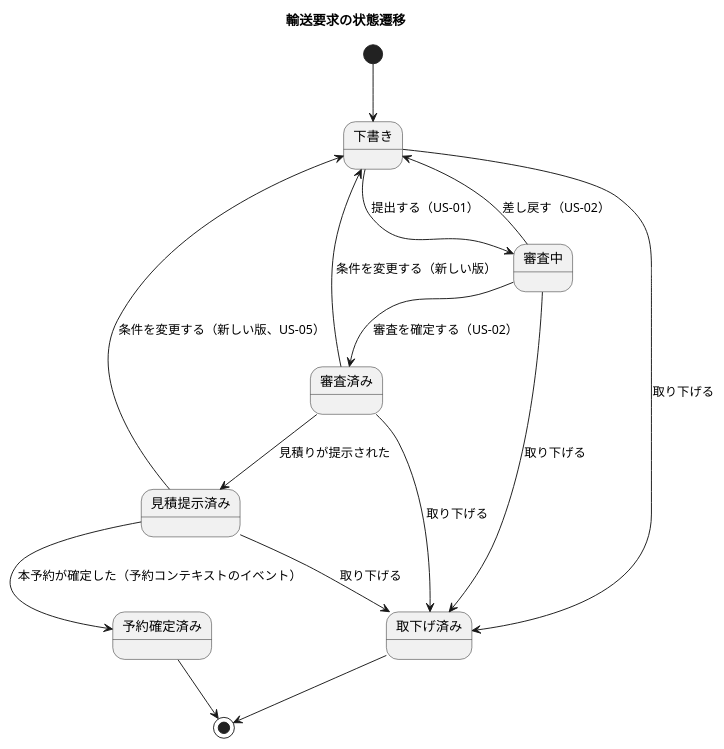
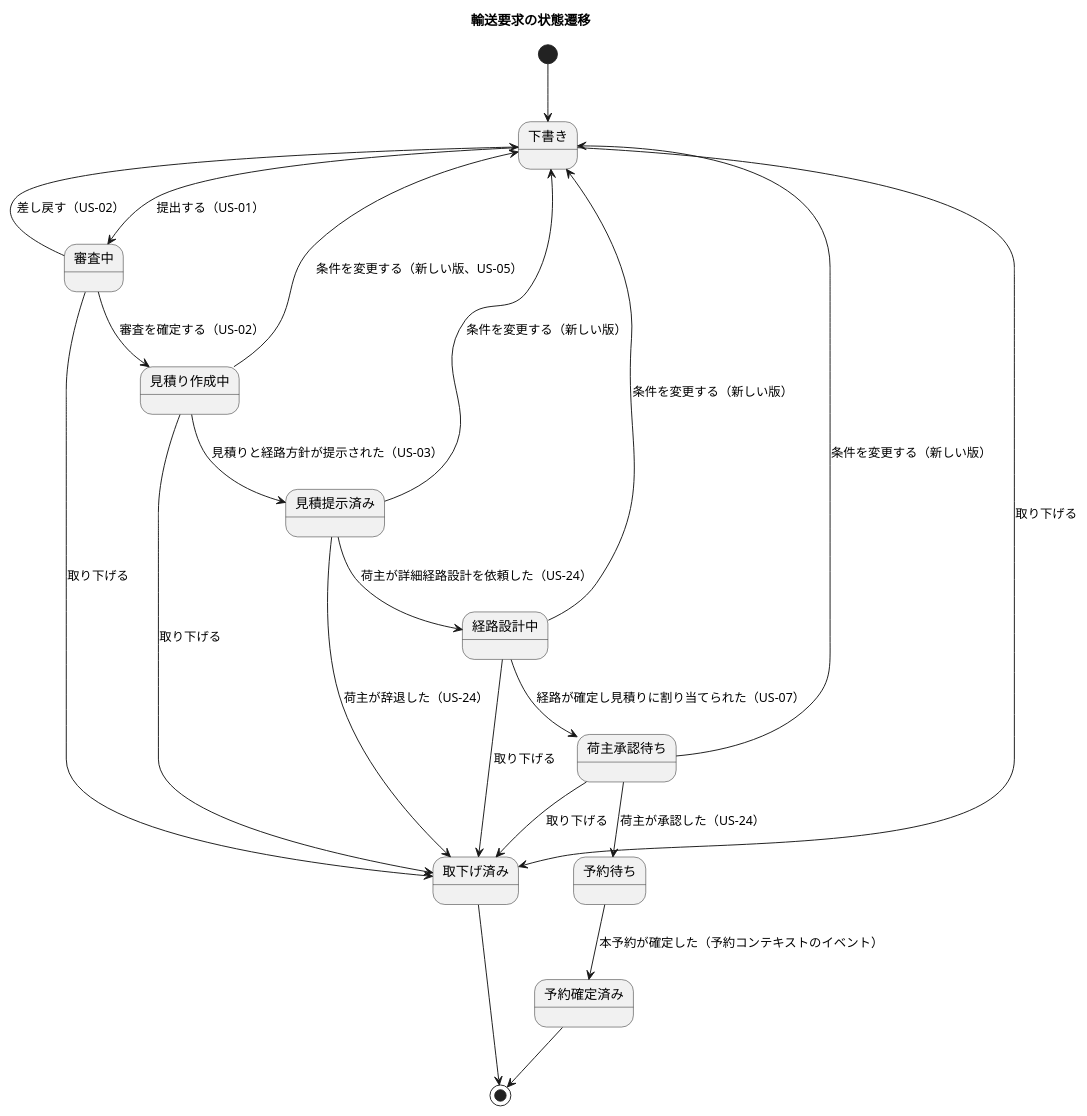
Before and after one commit to k2works/practical-domain-driven-design-in-enterpris-application: the fourth of 15 diagrams in docs/design/cargo-tracker/domain_model.md, drawn with PlantUML. The commit also changed other lines of this file and 25 other files, not shown here.

````diff
--- a/docs/design/cargo-tracker/domain_model.md
+++ b/docs/design/cargo-tracker/domain_model.md
@@ -250,19 +278,26 @@
 ```plantuml
 @startuml
 title 輸送要求の状態遷移
 [*] --> 下書き
 下書き --> 審査中 : 提出する（US-01）
 審査中 --> 下書き : 差し戻す（US-02）
-審査中 --> 審査済み : 審査を確定する（US-02）
-審査済み --> 見積提示済み : 見積りが提示された
-見積提示済み --> 下書き : 条件を変更する（新しい版、US-05）
-審査済み --> 下書き : 条件を変更する（新しい版）
-見積提示済み --> 予約確定済み : 本予約が確定した（予約コンテキストのイベント）
+審査中 --> 見積り作成中 : 審査を確定する（US-02）
+見積り作成中 --> 見積提示済み : 見積りと経路方針が提示された（US-03）
+見積提示済み --> 経路設計中 : 荷主が詳細経路設計を依頼した（US-24）
+経路設計中 --> 荷主承認待ち : 経路が確定し見積りに割り当てられた（US-07）
+荷主承認待ち --> 予約待ち : 荷主が承認した（US-24）
+予約待ち --> 予約確定済み : 本予約が確定した（予約コンテキストのイベント）
+見積り作成中 --> 下書き : 条件を変更する（新しい版、US-05）
+見積提示済み --> 下書き : 条件を変更する（新しい版）
+経路設計中 --> 下書き : 条件を変更する（新しい版）
+荷主承認待ち --> 下書き : 条件を変更する（新しい版）
+見積提示済み --> 取下げ済み : 荷主が辞退した（US-24）
 下書き --> 取下げ済み : 取り下げる
 審査中 --> 取下げ済み : 取り下げる
-審査済み --> 取下げ済み : 取り下げる
-見積提示済み --> 取下げ済み : 取り下げる
+見積り作成中 --> 取下げ済み : 取り下げる
+経路設計中 --> 取下げ済み : 取り下げる
+荷主承認待ち --> 取下げ済み : 取り下げる
 予約確定済み --> [*]
 取下げ済み --> [*]
 @enduml
 ```
````
